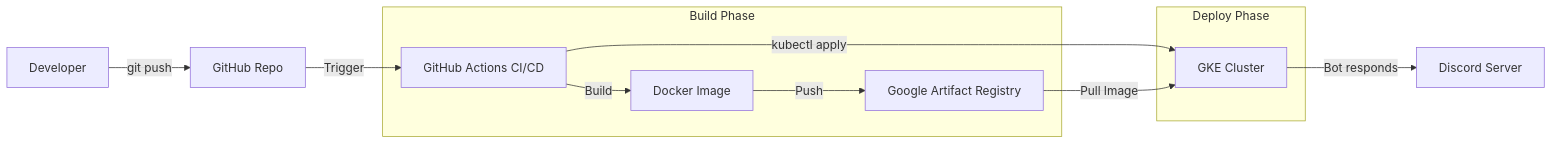
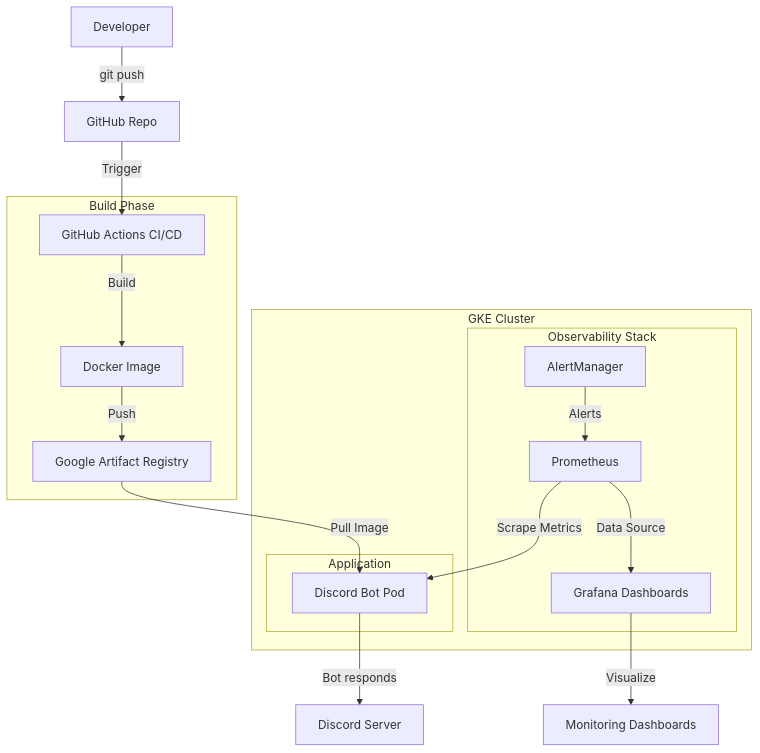
One commit to Xellor-Dev/discord-k8s-bot changed the diagram in README.md. Above: the diagram before and after it, drawn with Mermaid. The commit also changed other lines of this file and 1 other file, not shown here.

````diff
--- a/README.md
+++ b/README.md
@@ -35,17 +39,25 @@
 ```mermaid
-graph LR
+graph TB
     User[Developer] -->|git push| GitHub[GitHub Repo]
     GitHub -->|Trigger| Actions[GitHub Actions CI/CD]
     
     subgraph Build Phase
         Actions -->|Build| Docker[Docker Image]
         Docker -->|Push| GAR[Google Artifact Registry]
     end
     
-    subgraph Deploy Phase
-        Actions -->|kubectl apply| GKE[GKE Cluster]
-        GAR -->|Pull Image| GKE
+    subgraph GKE Cluster
+        subgraph Application
+            GAR -->|Pull Image| Pod[Discord Bot Pod]
+        end
+        
+        subgraph Observability Stack
+            Prometheus[Prometheus] -->|Scrape Metrics| Pod
+            Prometheus -->|Data Source| Grafana[Grafana Dashboards]
+            AlertManager[AlertManager] -->|Alerts| Prometheus
+        end
     end
     
-    GKE -->|Bot responds| Discord[Discord Server]
+    Pod -->|Bot responds| Discord[Discord Server]
+    Grafana -->|Visualize| Dashboards[Monitoring Dashboards]
 ```
````
